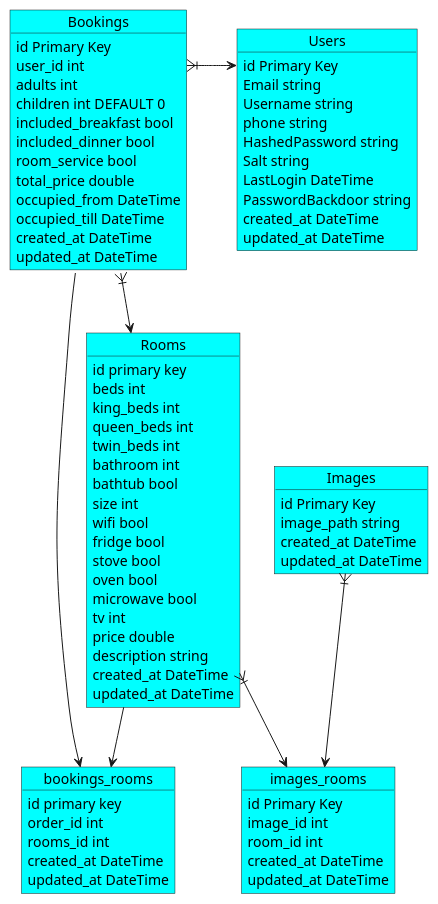
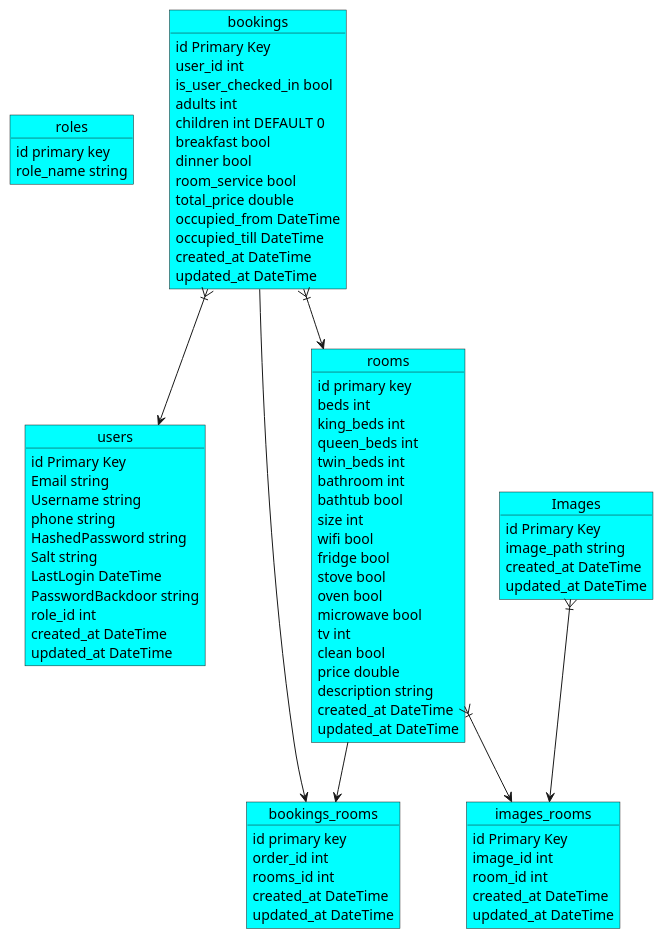
Before and after one commit to Mercantec-GHC/h2-projekt-h2-2025-gruppe-2: the diagram in API/Docs/DbDiagram.puml, drawn with PlantUML. The commit also changed 18 other files, not shown here.

```diff
--- a/API/Docs/DbDiagram.puml
+++ b/API/Docs/DbDiagram.puml
@@ -1,96 +1,104 @@
 @startuml
 'https://plantuml.com/sequence-diagram
 
 skinparam class{
     BackgroundColor LightGreen
 }
 
 skinparam object{
     BackgroundColor Cyan
 }
 
 skinparam json{
     BackgroundColor LightGreen
 }
 
-object Users {
+object roles {
+	id primary key
+	role_name string
+}
+
+object users {
 	id Primary Key
 	Email string
 	Username string
 	phone string
 	HashedPassword string
 	Salt string
 	LastLogin DateTime
 	PasswordBackdoor string
+	role_id int
 	created_at DateTime
 	updated_at DateTime
 }
 
-object Bookings {
+object bookings {
 	id Primary Key
 	user_id int
+	is_user_checked_in bool
 	adults int
 	children int DEFAULT 0
-	included_breakfast bool
-	included_dinner bool
+	breakfast bool
+	dinner bool
 	room_service bool
 	total_price double
 	occupied_from DateTime
 	occupied_till DateTime
 	created_at DateTime
 	updated_at DateTime
 }
 
-object Rooms {
+object rooms {
 	id primary key
 	beds int
 	king_beds int
 	queen_beds int
 	twin_beds int
 	bathroom int
 	bathtub bool
 	size int
 	wifi bool
 	fridge bool
 	stove bool
 	oven bool
 	microwave bool
 	tv int
+	clean bool
 	price double
 	description string
 	created_at DateTime
 	updated_at DateTime
 }
 
 'One-to-Many'
 object bookings_rooms {
 	id primary key
 	order_id int
 	rooms_id int
 	created_at DateTime
 	updated_at DateTime
 }
 
 object Images {
 	id Primary Key
 	image_path string
 	created_at DateTime
 	updated_at DateTime
 }
 
 'Many-to-Many'
 object images_rooms{
 	id Primary Key
 	image_id int
 	room_id int
 	created_at DateTime
 	updated_at DateTime
 }
 
-Bookings::user_id }|-> Users::id
-Bookings }|--> Rooms
-Bookings --> bookings_rooms
-Rooms --> bookings_rooms
+bookings }|--> rooms
+rooms --> bookings_rooms
+bookings --> bookings_rooms
+bookings }|--> users
 Images }|--> images_rooms
-Rooms }|--> images_rooms
+rooms }|--> images_rooms
 @enduml
```
